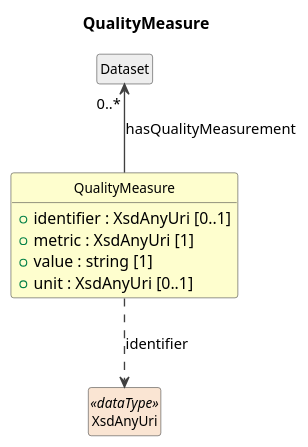
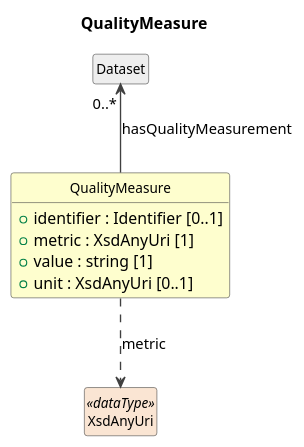
The diagram in build/field-level-documentation/CDIFDiscovery/Classes/QualityMeasure.pu (Cross-Domain-Interoperability-Framework/metadataBuildingBlocks), drawn with PlantUML before and after one commit. The commit also changed 411 other files, not shown here.

```diff
--- a/build/field-level-documentation/CDIFDiscovery/Classes/QualityMeasure.pu
+++ b/build/field-level-documentation/CDIFDiscovery/Classes/QualityMeasure.pu
@@ -1,24 +1,24 @@
 @startuml
 title QualityMeasure
 hide circle
 hide empty members
 skinparam shadowing false
 skinparam ArrowThickness 1.2
 skinparam class {
   ArrowColor #404040
   BorderColor #404040
   FontSize 12
 }
 
 class "QualityMeasure" as QualityMeasure #FEFECE {
-  +identifier : XsdAnyUri [0..1]
+  +identifier : Identifier [0..1]
   +metric : XsdAnyUri [1]
   +value : string [1]
   +unit : XsdAnyUri [0..1]
 }
 class "Dataset" as Dataset #EEEEEE
 Dataset "0..*" <-- QualityMeasure : hasQualityMeasurement
 class "XsdAnyUri" as XsdAnyUri <<dataType>> #FAE5D3
-QualityMeasure ..> XsdAnyUri : identifier
+QualityMeasure ..> XsdAnyUri : metric
 
 @enduml
```
